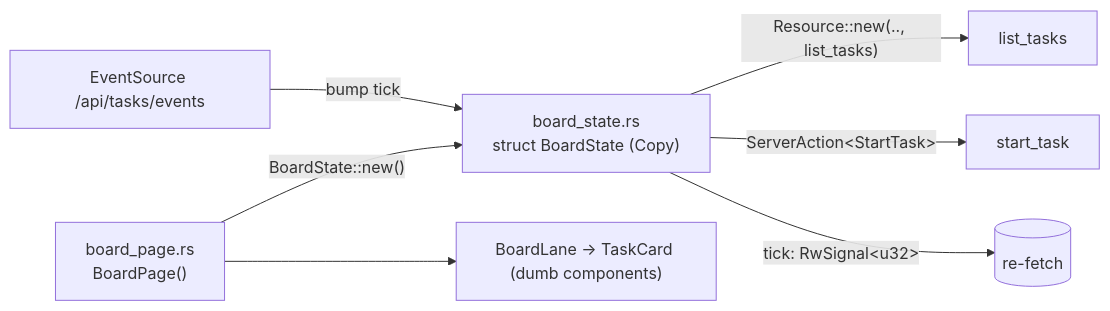
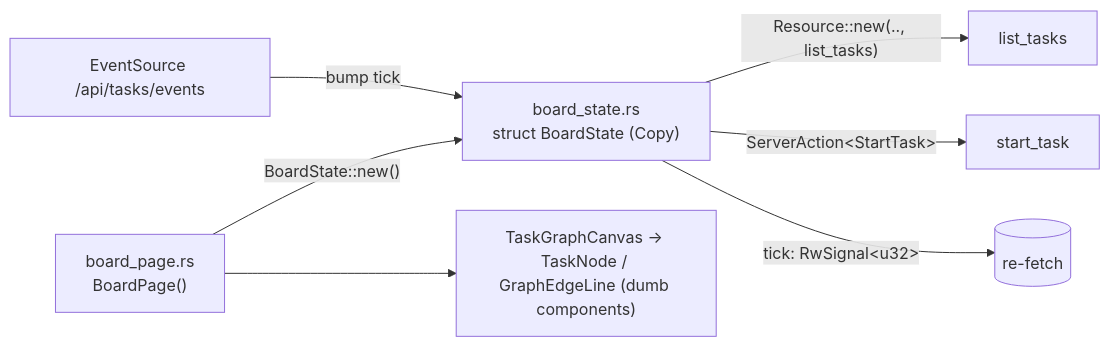
One commit to plopezm/iworkflow changed diagram 11 of 12 in ARCHITECTURE.md. Above: the diagram before and after it, drawn with Mermaid. The commit also changed other lines of this file and 6 other files, not shown here.

````diff
--- a/ARCHITECTURE.md
+++ b/ARCHITECTURE.md
@@ -900,9 +900,9 @@
 ```mermaid
 flowchart LR
     P["board_page.rs<br/>BoardPage()"] -- "BoardState::new()" --> S["board_state.rs<br/>struct BoardState (Copy)"]
     S -- "Resource::new(.., list_tasks)" --> SF1[list_tasks]
     S -- "ServerAction&lt;StartTask&gt;" --> SF2[start_task]
     S -- "tick: RwSignal&lt;u32&gt;" --> R[(re-fetch)]
     SSE["EventSource /api/tasks/events"] -- "bump tick" --> S
-    P --> C["BoardLane → TaskCard (dumb components)"]
+    P --> C["TaskGraphCanvas → TaskNode / GraphEdgeLine (dumb components)"]
 ```
````
